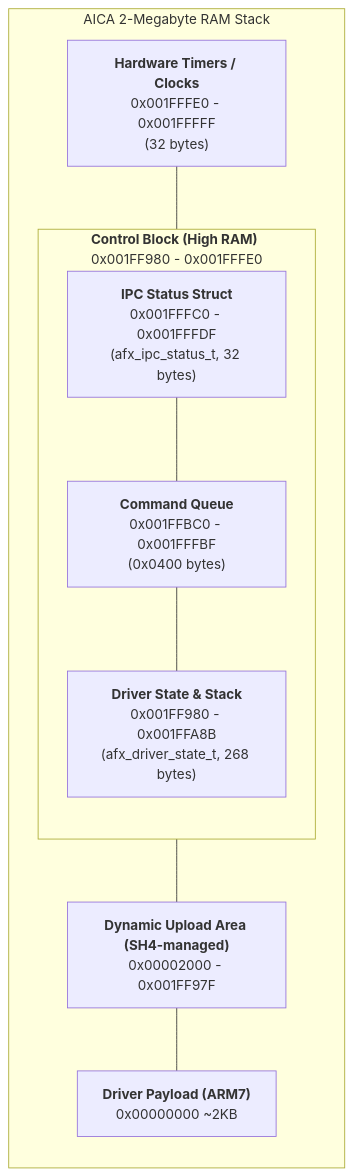
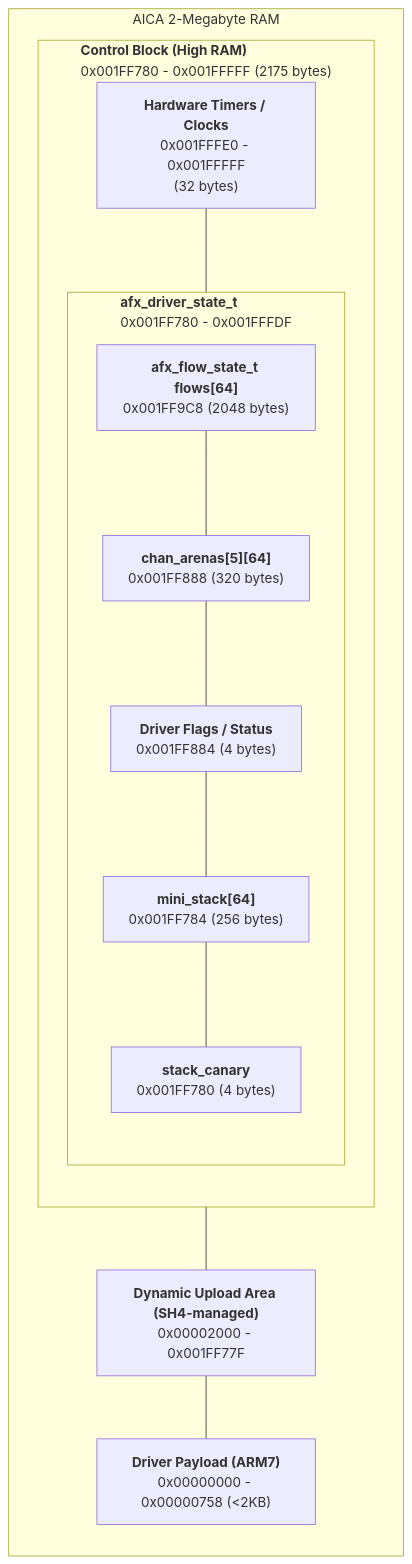
The diagram in docs/afx_design.md (dfchil/aicaflow), drawn with Mermaid before and after one commit. The commit also changed other lines of this file and 20 other files, not shown here.

````diff
--- a/docs/afx_design.md
+++ b/docs/afx_design.md
@@ -40,23 +35,33 @@
 ```mermaid
 graph TD
-    subgraph AICA_RAM ["AICA 2-Megabyte RAM Stack"]
+    subgraph AICA_RAM ["AICA 2-Megabyte RAM"]
         direction TB
 
-        CLOCKS["<b>Hardware Timers / Clocks</b><br/>0x001FFFE0 - 0x001FFFFF<br/>(32 bytes)"]
+        subgraph CONTROL_BLOCK ["<b>Control Block (High RAM)</b><br/>0x001FF780 - 0x001FFFFF (2175 bytes)"]
+            direction TB
+            
+            CLOCKS["<b>Hardware Timers / Clocks</b><br/>0x001FFFE0 - 0x001FFFFF<br/>(32 bytes)"]
+            
+            subgraph DRIVER_STATE ["<b>afx_driver_state_t</b><br/>0x001FF780 - 0x001FFFDF"]
+                direction TB
+                FLOWS["<b>afx_flow_state_t flows[64]</b><br/>0x001FF9C8 (2048 bytes)"]
+                ARENAS["<b>chan_arenas[5][64]</b><br/>0x001FF888 (320 bytes)"]
+                STATUS["<b>Driver Flags / Status</b><br/>0x001FF884 (4 bytes)"]
+                STACK["<b>mini_stack[64]</b><br/>0x001FF784 (256 bytes)"]
+                CANARY["<b>stack_canary</b><br/>0x001FF780 (4 bytes)"]
 
-        subgraph IPC_BLOCK ["<b>Control Block (High RAM)</b><br/>0x001FF980 - 0x001FFFE0"]
-            direction TB
-            STATUS["<b>IPC Status Struct</b><br/>0x001FFFC0 - 0x001FFFDF<br/>(afx_ipc_status_t, 32 bytes)"]
-            QUEUE["<b>Command Queue</b><br/>0x001FFBC0 - 0x001FFFBF<br/>(0x0400 bytes)"]
-            PLAYER["<b>Driver State & Stack</b><br/>0x001FF980 - 0x001FFA8B<br/>(afx_driver_state_t, 268 bytes)"]
-            STATUS --- QUEUE
-            QUEUE --- PLAYER
+                FLOWS --- ARENAS
+                ARENAS --- STATUS
+                STATUS --- STACK
+                STACK --- CANARY
+            end
+
+            CLOCKS --- DRIVER_STATE
         end
 
-        CLOCKS --- IPC_BLOCK
-        IPC_BLOCK --- DYNAMIC
-        DYNAMIC["<b>Dynamic Upload Area (SH4-managed)</b><br/>0x00002000 - 0x001FF97F"]
+        CONTROL_BLOCK --- DYNAMIC
+        DYNAMIC["<b>Dynamic Upload Area (SH4-managed)</b><br/>0x00002000 - 0x001FF77F"]
         DYNAMIC --- DRIVER
-        DRIVER["<b>Driver Payload (ARM7)</b><br/>0x00000000 ~2KB"]
+        DRIVER["<b>Driver Payload (ARM7)</b><br/>0x00000000 - 0x00000758 (<2KB)"]
     end
 ```
````
